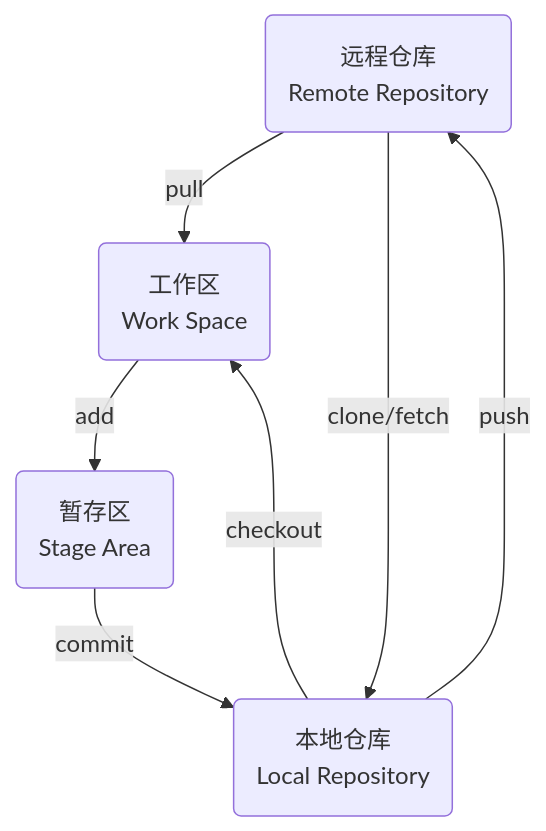
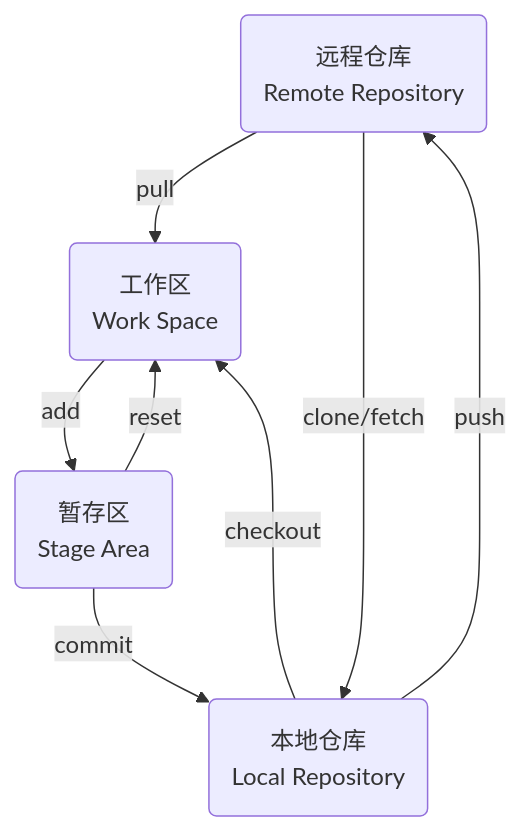
One commit to dmjcb/dmjcb.github.io changed the first of 3 diagrams in _posts/Software/Git/2024-09-24-git指令.md. Above: the diagram before and after it, drawn with Mermaid. The commit also changed other lines of this file and 74 other files, not shown here.

Commit message:
增加图片

````diff
--- a/_posts/Software/Git/2024-09-24-git指令.md
+++ b/_posts/Software/Git/2024-09-24-git指令.md
@@ -13,15 +13,17 @@
 ```mermaid
 graph TB;
     R(远程仓库<br>Remote Repository)
     L(本地仓库<br>Local Repository)
     S(暂存区<br>Stage Area)
     W(工作区<br>Work Space)
 
     W -- add --> S
+    S -- reset --> W
+
     S -- commit --> L
     L -- push --> R
 
     R -- pull --> W
     R -- clone/fetch --> L
     L -- checkout --> W
 ```
````
